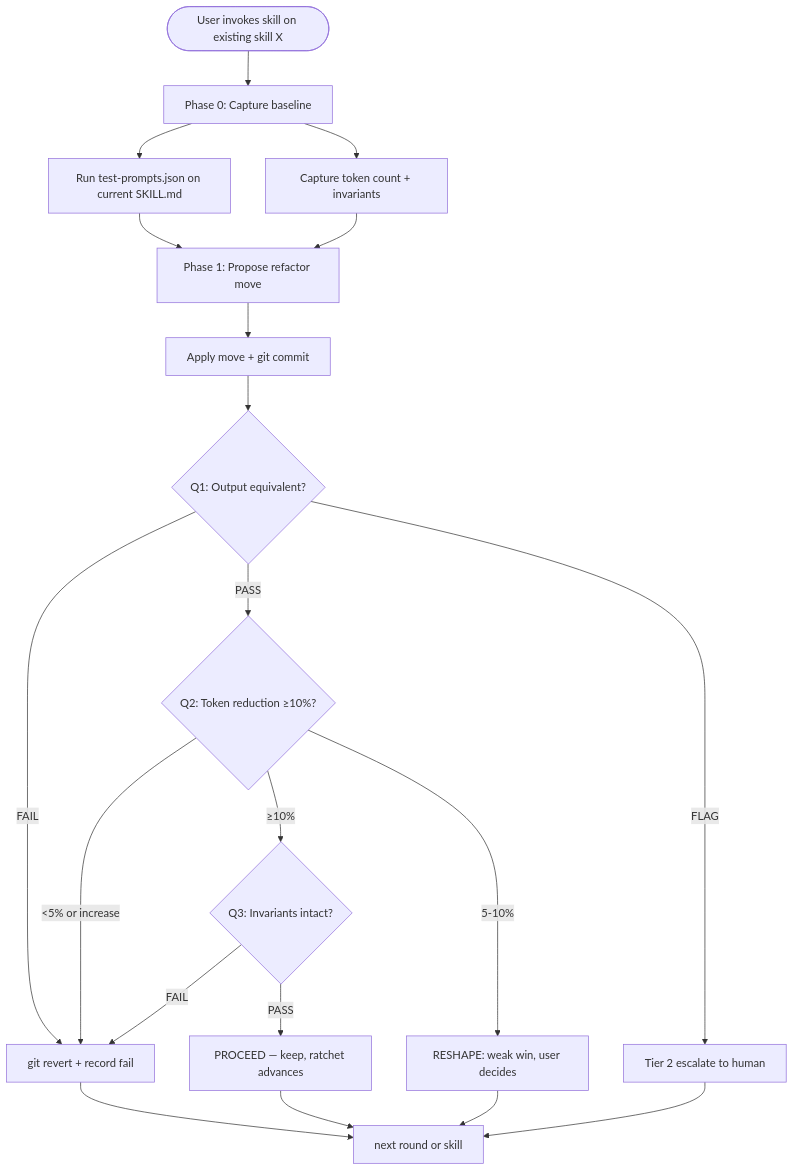
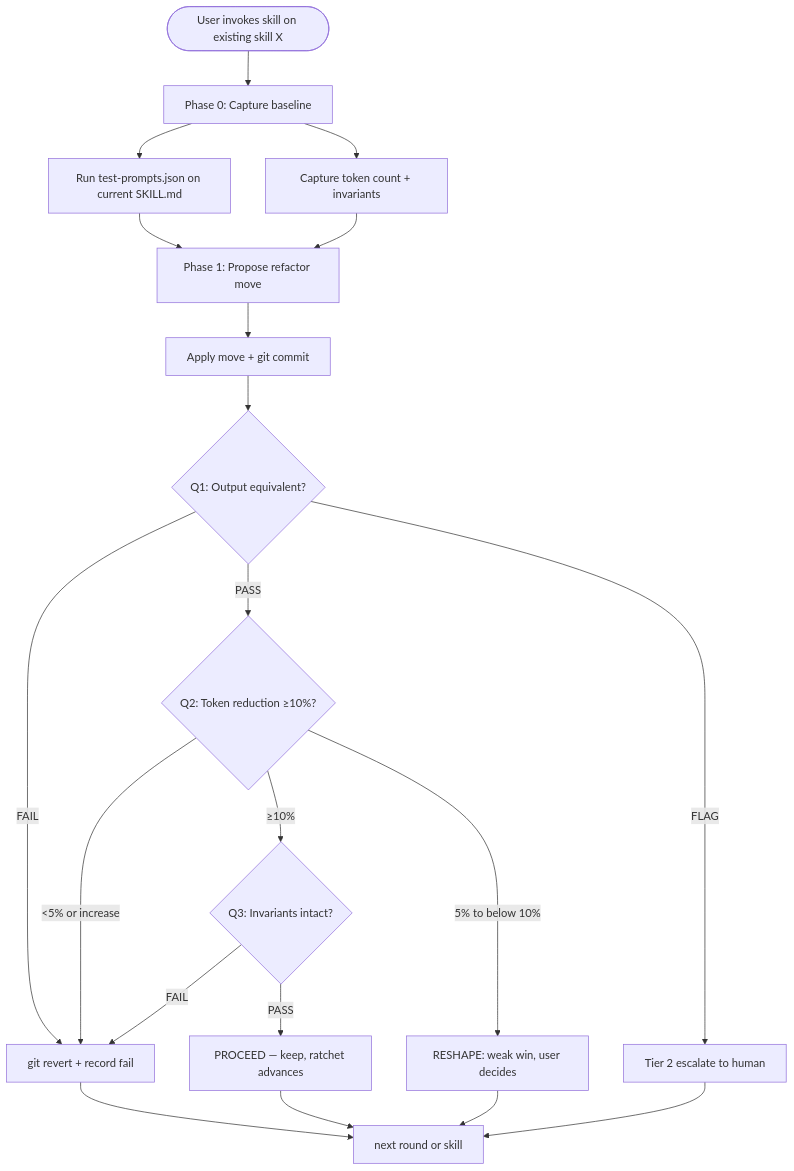
Before and after one commit to kouko/monkey-skills: the diagram in skill-dev-toolkit/skills/skill-refactor/README.md, drawn with Mermaid. The commit also changed other lines of this file and 6 other files, not shown here.

````diff
--- a/skill-dev-toolkit/skills/skill-refactor/README.md
+++ b/skill-dev-toolkit/skills/skill-refactor/README.md
@@ -52,22 +52,22 @@
 ```mermaid
 flowchart TD
     A([User invokes skill on existing skill X]) --> B[Phase 0: Capture baseline]
     B --> B1[Run test-prompts.json on current SKILL.md]
     B --> B2[Capture token count + invariants]
     B1 --> C[Phase 1: Propose refactor move]
     B2 --> C
     C --> D[Apply move + git commit]
     D --> Q1{Q1: Output equivalent?}
     Q1 -->|FAIL| R[git revert + record fail]
     Q1 -->|FLAG| H[Tier 2 escalate to human]
     Q1 -->|PASS| Q2{Q2: Token reduction ≥10%?}
     Q2 -->|≥10%| Q3{Q3: Invariants intact?}
-    Q2 -->|5-10%| WC[RESHAPE: weak win, user decides]
+    Q2 -->|5% to below 10%| WC[RESHAPE: weak win, user decides]
     Q2 -->|<5% or increase| R
     Q3 -->|PASS| K[PROCEED — keep, ratchet advances]
     Q3 -->|FAIL| R
     R --> NEXT[next round or skill]
     K --> NEXT
     WC --> NEXT
     H --> NEXT
 ```
````
